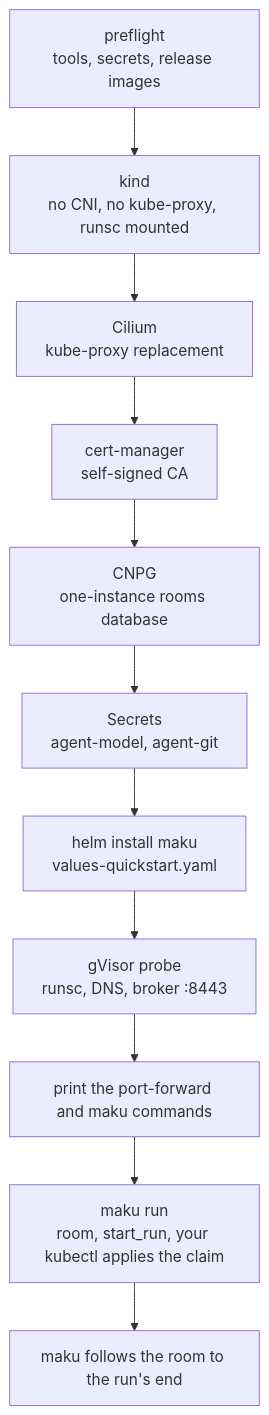
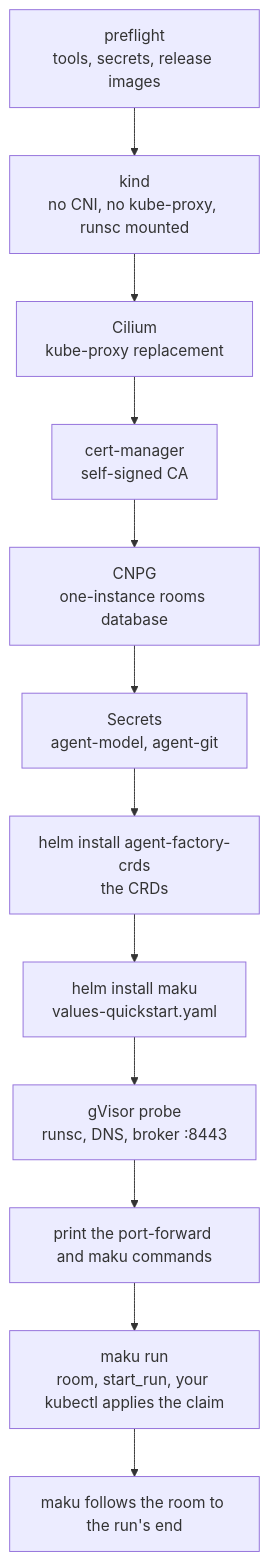
One commit to Smana/maku changed the diagram in docs/quickstart.md. Above: the diagram before and after it, drawn with Mermaid. The commit also changed other lines of this file and 80 other files, not shown here.

First line of the commit message:
feat(charts)!: v4 step 8 PR G, the chart contract: profile, networkPolicies.plain and the subcharts' crds/ removed, the preflight on by default (#577)

````diff
--- a/docs/quickstart.md
+++ b/docs/quickstart.md
@@ -298,8 +298,8 @@
 ```mermaid
 flowchart TD
   P["preflight<br/>tools, secrets, release images"] --> K["kind<br/>no CNI, no kube-proxy, runsc mounted"]
   K --> C["Cilium<br/>kube-proxy replacement"] --> M["cert-manager<br/>self-signed CA"]
   M --> N["CNPG<br/>one-instance rooms database"] --> S["Secrets<br/>agent-model, agent-git"]
-  S --> H["helm install maku<br/>values-quickstart.yaml"]
+  S --> D["helm install agent-factory-crds<br/>the CRDs"] --> H["helm install maku<br/>values-quickstart.yaml"]
   H --> G["gVisor probe<br/>runsc, DNS, broker :8443"] --> F["print the port-forward and maku commands"] --> R["maku run<br/>room, start_run, your kubectl applies the claim"] --> W["maku follows the room to the run's end"]
 ```
````
